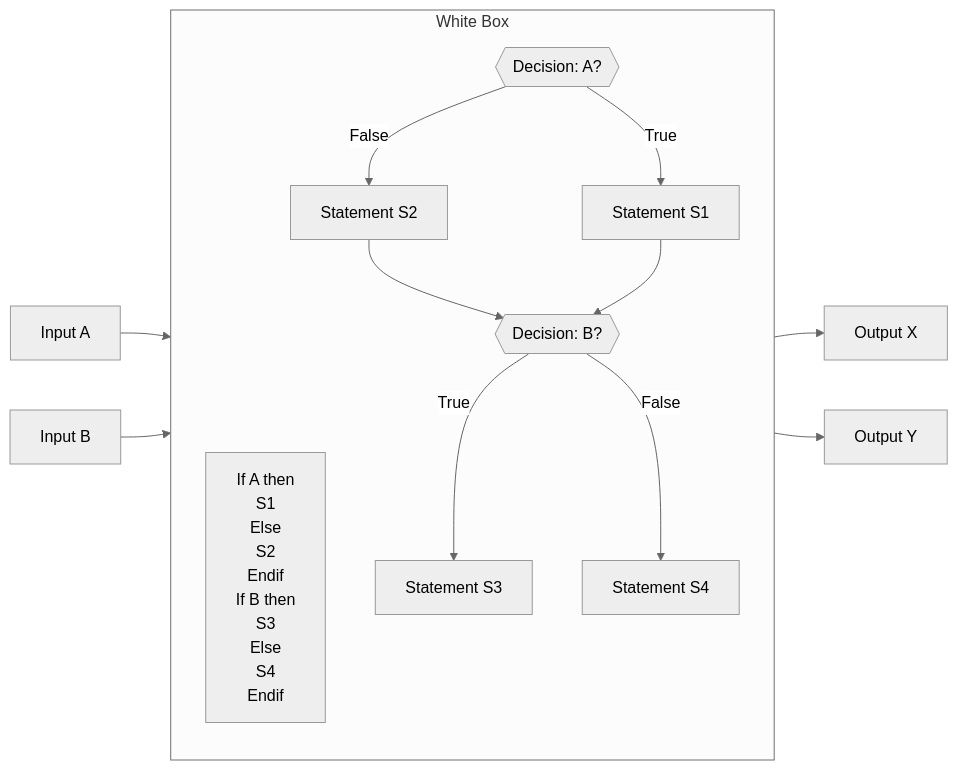
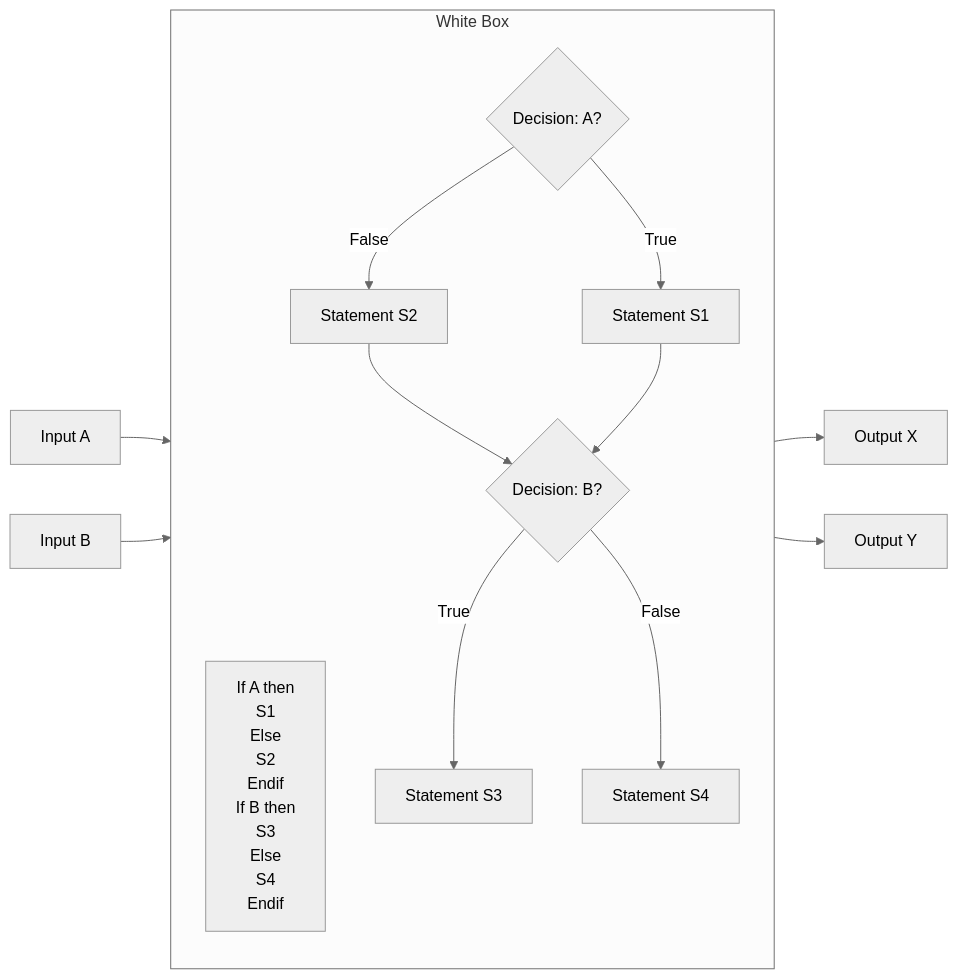
One commit to msdbok/sqrbok changed the sixth of 8 diagrams in _verification/testing.md. Above: the diagram before and after it, drawn with Mermaid (neutral theme). The commit also changed other lines of this file, not shown here.

```diff
--- a/_verification/testing.md
+++ b/_verification/testing.md
@@ -251,20 +251,20 @@
 {% mermaid %}
 flowchart LR
     subgraph WhiteBox["White Box"]
         direction TB
         Code["If A then<br>   S1<br>Else<br>   S2<br>Endif  <br>If B then<br>   S3<br>Else<br>   S4<br>Endif"]
 
-        A{{Decision: A?}} -->|True| S1[Statement S1]
+        A{Decision: A?} -->|True| S1[Statement S1]
         A -->|False| S2[Statement S2]
         S2 -->B
         S1-->B
-        B{{Decision: B?}} -->|True| S3[Statement S3]
+        B{Decision: B?} -->|True| S3[Statement S3]
         B -->|False| S4[Statement S4]
     end
 
     Input1["Input A"] --> WhiteBox
     Input2["Input B"] --> WhiteBox
 
     WhiteBox --> Output1["Output X"]
     WhiteBox --> Output2["Output Y"]
 {% endmermaid %}
```
